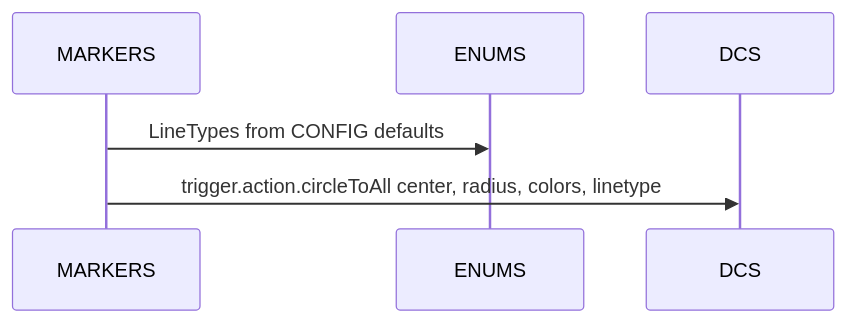
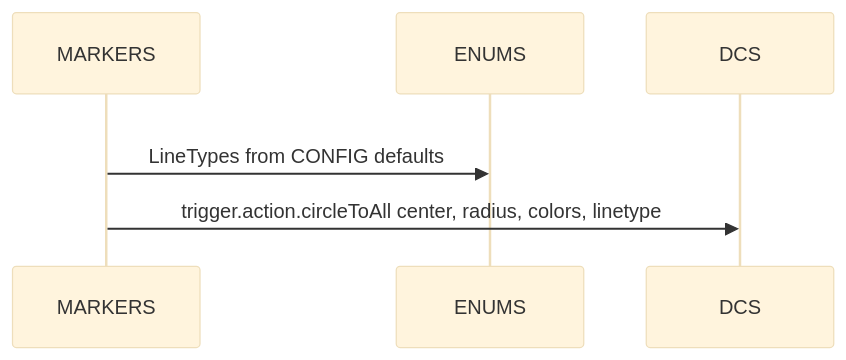
The fourth of 4 diagrams in docs/enums/lines_and_markers.md (Gh0st352/AETHR), drawn with Mermaid before and after one commit. The commit also changed other lines of this file and 7 other files, not shown here.

First line of the commit message:
docs(enums): add structured mermaid styling and subgraphs

````diff
--- a/docs/enums/lines_and_markers.md
+++ b/docs/enums/lines_and_markers.md
@@ -67,7 +108,11 @@
 ```mermaid
+%%{init: {"theme":"base"}}%%
 sequenceDiagram
   participant MK as MARKERS
   participant EN as ENUMS
-  MK->>EN: LineTypes from CONFIG defaults
-  MK->>DCS: trigger.action.circleToAll center, radius, colors, linetype
+
+  rect rgba(255, 255, 255, 0.75)
+    MK->>EN: LineTypes from CONFIG defaults
+    MK->>DCS: trigger.action.circleToAll center, radius, colors, linetype
+  end
 ```
````
